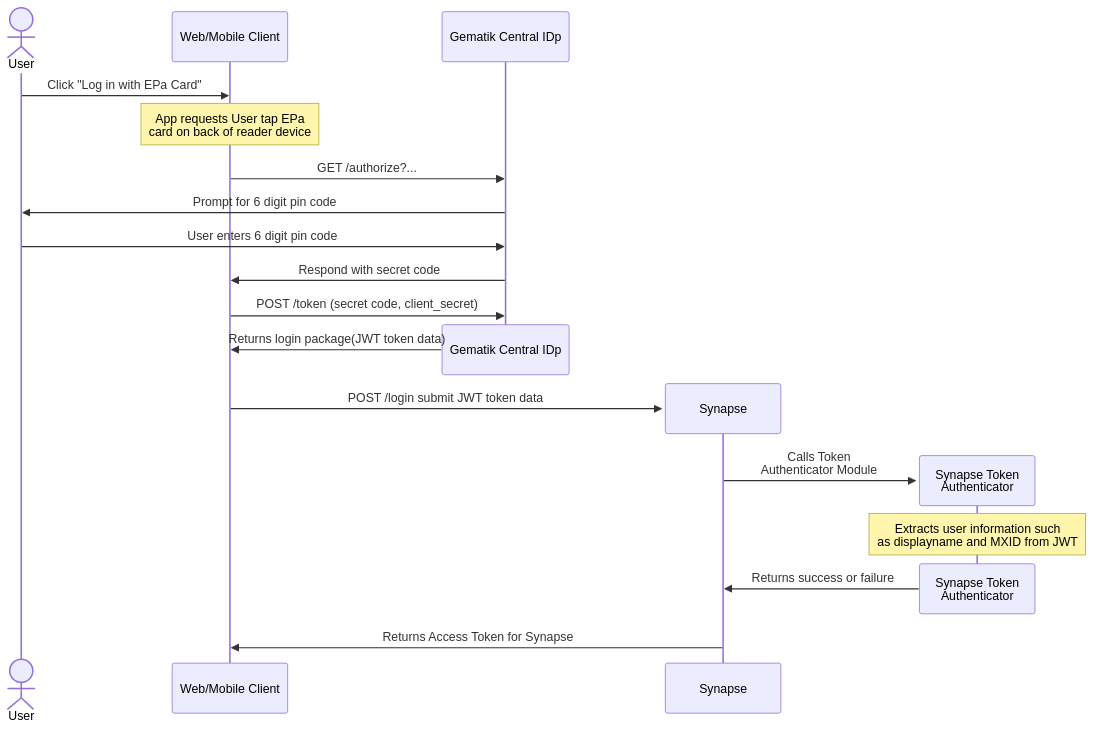
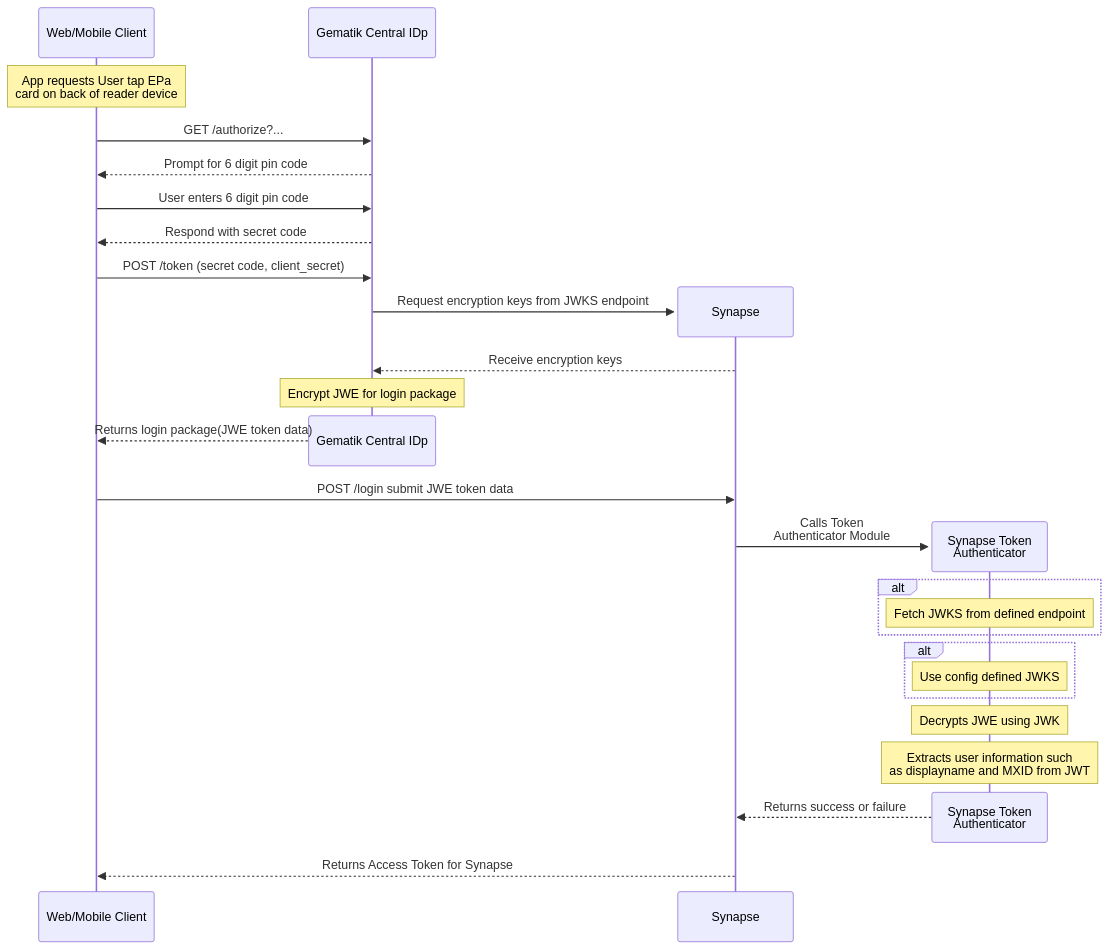
One commit to famedly/synapse-token-authenticator changed the fourth of 4 diagrams in README.md. Above: the diagram before and after it, drawn with Mermaid. The commit also changed other lines of this file, not shown here.

````diff
--- a/README.md
+++ b/README.md
@@ -694,24 +700,32 @@
 ```mermaid
 sequenceDiagram
-    actor User
     participant App as Web/Mobile Client
     participant IDp as Gematik Central IDp
 
-    User->>App: Click "Log in with EPa Card"
     Note over App: App requests User tap EPa<br> card on back of reader device
     App->>IDp: GET /authorize?...
-    IDp->>User: Prompt for 6 digit pin code
-    User->>IDp: User enters 6 digit pin code
-    IDp->>App: Respond with secret code
+    IDp-->>App: Prompt for 6 digit pin code
+    App->>IDp: User enters 6 digit pin code
+    IDp-->>App: Respond with secret code
     App->>IDp: POST /token (secret code, client_secret)
+    create participant Synapse
+    IDp->>Synapse: Request encryption keys from JWKS endpoint
+    Synapse-->>IDp: Receive encryption keys
+    Note over IDp: Encrypt JWE for login package
     destroy IDp
-    IDp->>App: Returns login package(JWT token data)
-    create participant Synapse
-    App->>Synapse: POST /login submit JWT token data
+    IDp-->>App: Returns login package(JWE token data)
+    App->>Synapse: POST /login submit JWE token data
     create participant Mod as Synapse Token<br>Authenticator
     Synapse->>Mod: Calls Token<br> Authenticator Module
+    alt
+        Note over Mod:  Fetch JWKS from defined endpoint
+    end
+    alt
+        Note over Mod:  Use config defined JWKS
+    end
+    Note over Mod: Decrypts JWE using JWK
     Note over Mod: Extracts user information such<br> as displayname and MXID from JWT
     destroy Mod
-    Mod->>Synapse: Returns success or failure
-    Synapse->>App: Returns Access Token for Synapse
+    Mod-->>Synapse: Returns success or failure
+    Synapse-->>App: Returns Access Token for Synapse
 ```
````
